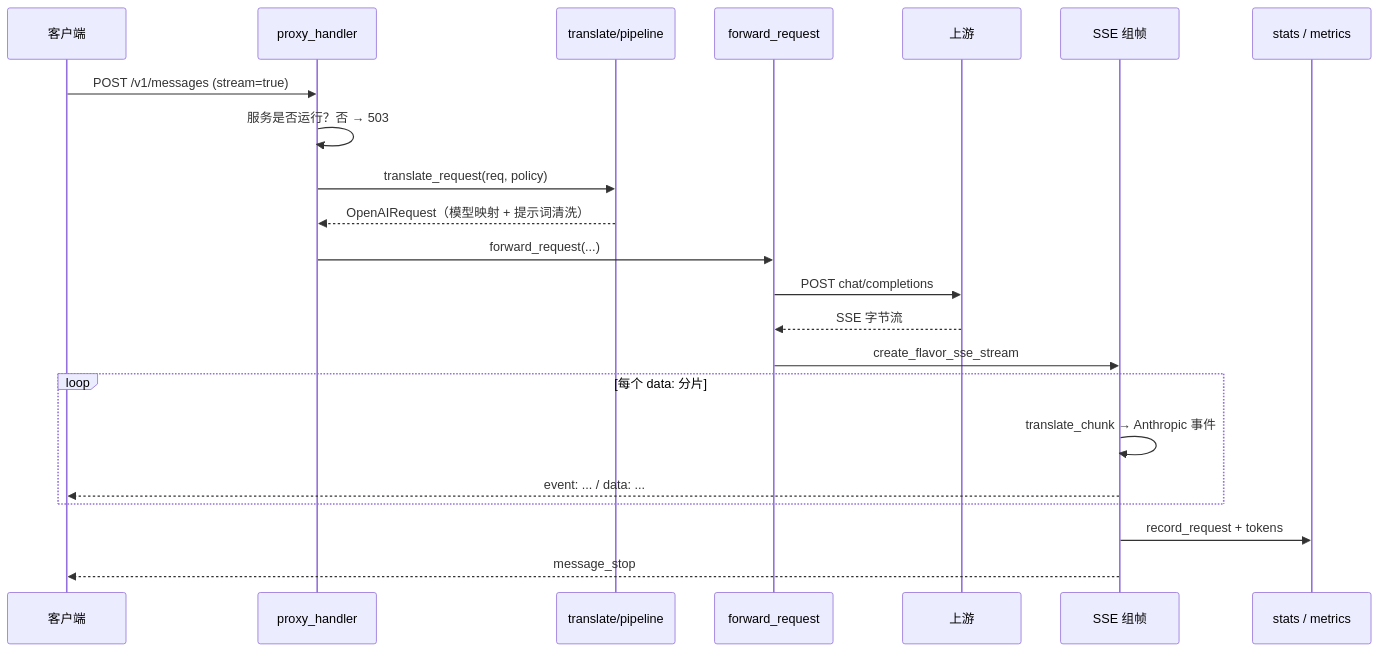
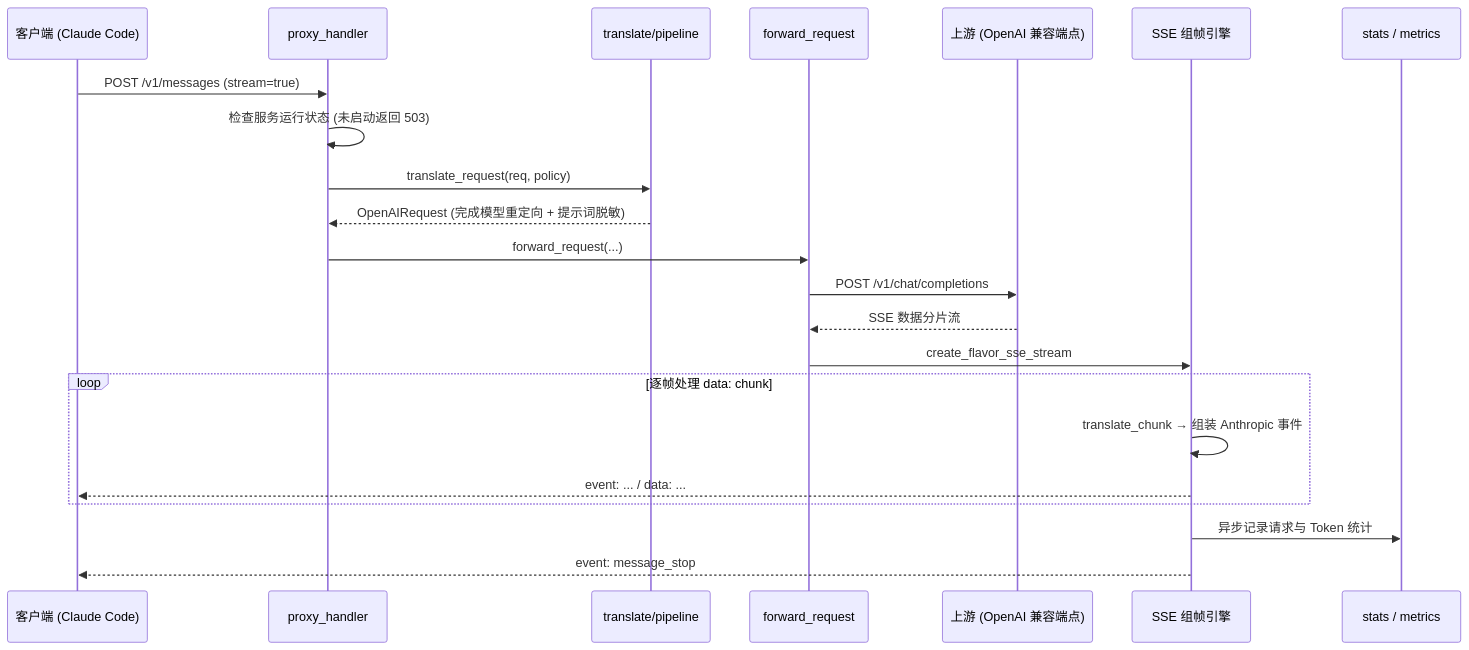
The second of 2 diagrams in README.md (yudong22/anthropic-proxy-rs), drawn with Mermaid before and after one commit. The commit also changed other lines of this file and 19 other files, not shown here.

````diff
--- a/README.md
+++ b/README.md
@@ -125,25 +128,25 @@
 ```mermaid
 sequenceDiagram
-    participant C as 客户端
+    participant C as 客户端 (Claude Code)
     participant H as proxy_handler
     participant P as translate/pipeline
     participant F as forward_request
-    participant U as 上游
-    participant S as SSE 组帧
+    participant U as 上游 (OpenAI 兼容端点)
+    participant S as SSE 组帧引擎
     participant D as stats / metrics
 
     C->>H: POST /v1/messages (stream=true)
-    H->>H: 服务是否运行？否 → 503
+    H->>H: 检查服务运行状态 (未启动返回 503)
     H->>P: translate_request(req, policy)
-    P-->>H: OpenAIRequest（模型映射 + 提示词清洗）
+    P-->>H: OpenAIRequest (完成模型重定向 + 提示词脱敏)
     H->>F: forward_request(...)
-    F->>U: POST chat/completions
-    U-->>F: SSE 字节流
+    F->>U: POST /v1/chat/completions
+    U-->>F: SSE 数据分片流
     F->>S: create_flavor_sse_stream
-    loop 每个 data: 分片
-        S->>S: translate_chunk → Anthropic 事件
+    loop 逐帧处理 data: chunk
+        S->>S: translate_chunk → 组装 Anthropic 事件
         S-->>C: event: ... / data: ...
     end
-    S->>D: record_request + tokens
-    S-->>C: message_stop
+    S->>D: 异步记录请求与 Token 统计
+    S-->>C: event: message_stop
 ```
````
